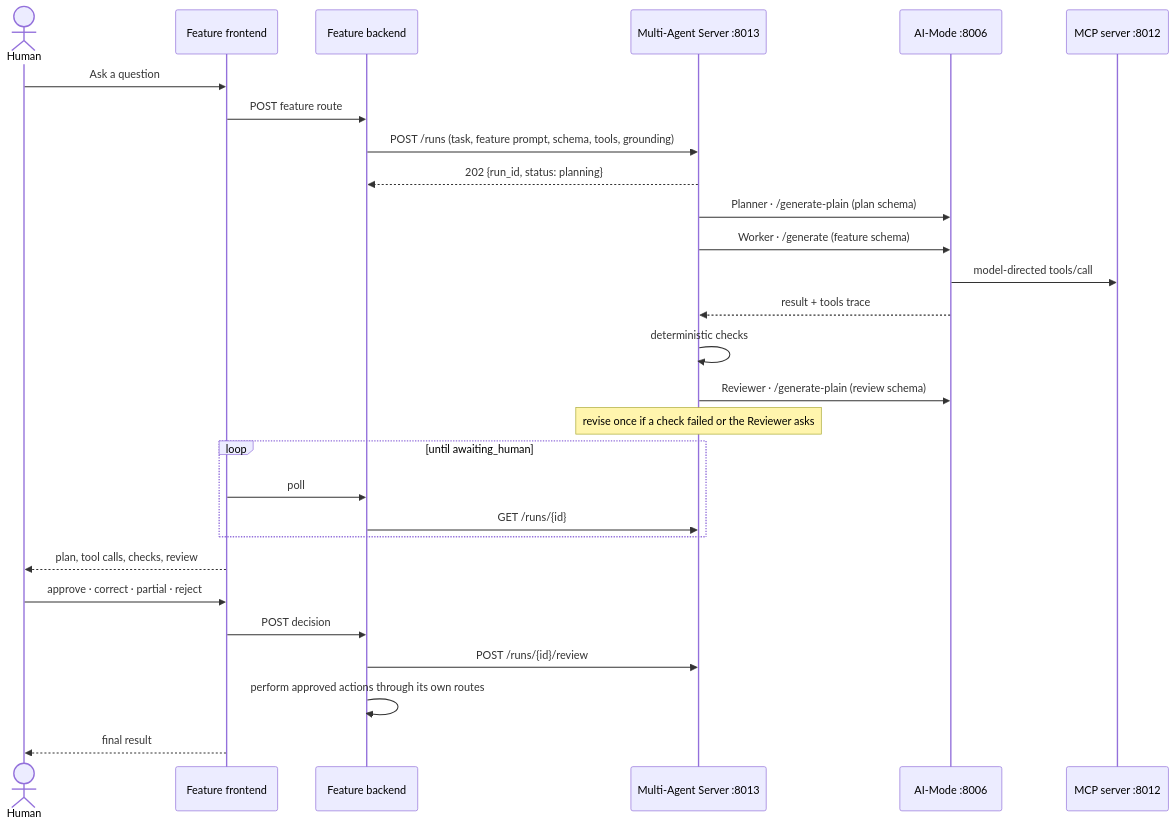
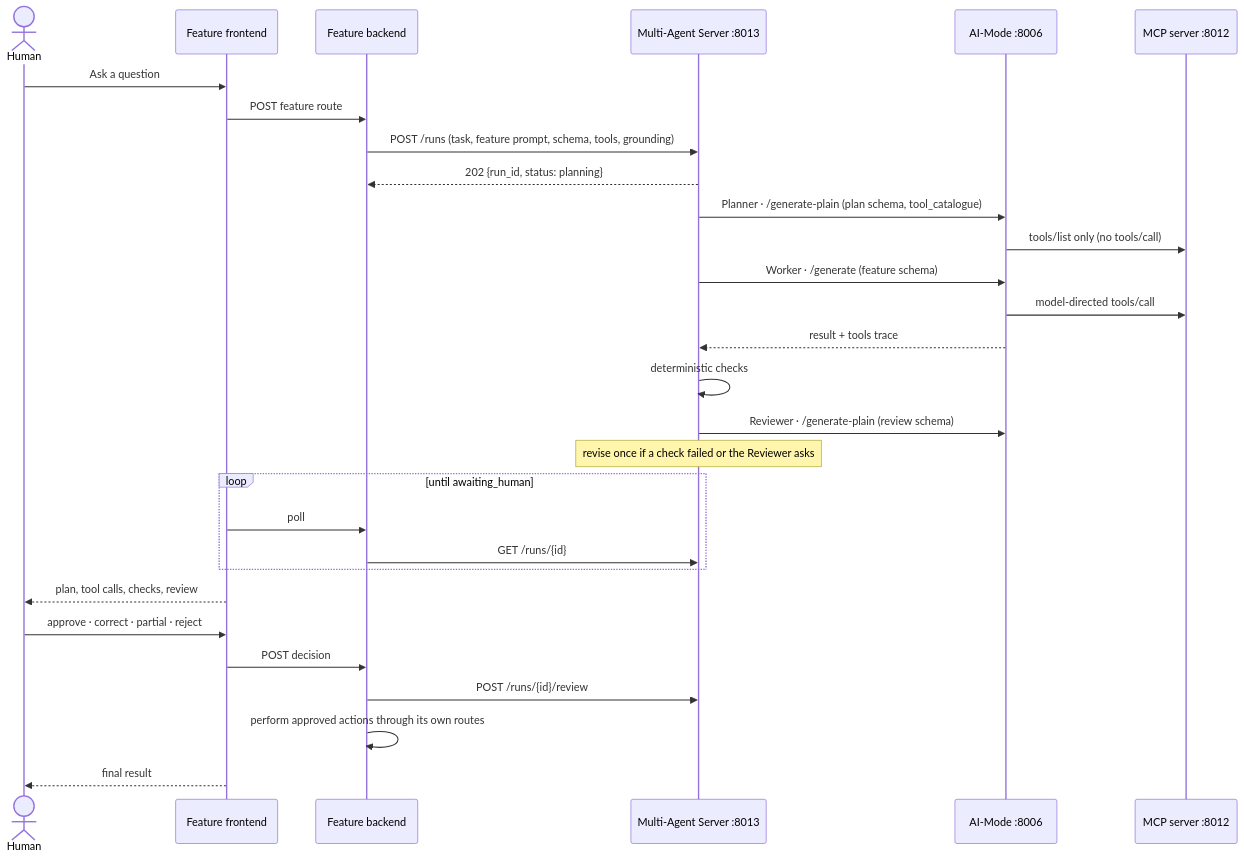
The diagram in docs/architecture/release-2-multi-agent-contract.md (JulianKirk/TripGenie), drawn with Mermaid before and after one commit. The commit also changed other lines of this file and 16 other files, not shown here.

````diff
--- a/docs/architecture/release-2-multi-agent-contract.md
+++ b/docs/architecture/release-2-multi-agent-contract.md
@@ -9,31 +9,32 @@
 ```mermaid
 sequenceDiagram
     actor Human
     participant UI as Feature frontend
     participant API as Feature backend
     participant MA as Multi-Agent Server :8013
     participant AI as AI-Mode :8006
     participant MCP as MCP server :8012
 
     Human->>UI: Ask a question
     UI->>API: POST feature route
     API->>MA: POST /runs (task, feature prompt, schema, tools, grounding)
     MA-->>API: 202 {run_id, status: planning}
-    MA->>AI: Planner · /generate-plain (plan schema)
+    MA->>AI: Planner · /generate-plain (plan schema, tool_catalogue)
+    AI->>MCP: tools/list only (no tools/call)
     MA->>AI: Worker · /generate (feature schema)
     AI->>MCP: model-directed tools/call
     AI-->>MA: result + tools trace
     MA->>MA: deterministic checks
     MA->>AI: Reviewer · /generate-plain (review schema)
     Note over MA: revise once if a check failed or the Reviewer asks
     loop until awaiting_human
         UI->>API: poll
         API->>MA: GET /runs/{id}
     end
     UI-->>Human: plan, tool calls, checks, review
     Human->>UI: approve · correct · partial · reject
     UI->>API: POST decision
     API->>MA: POST /runs/{id}/review
     API->>API: perform approved actions through its own routes
     UI-->>Human: final result
 ```
````
